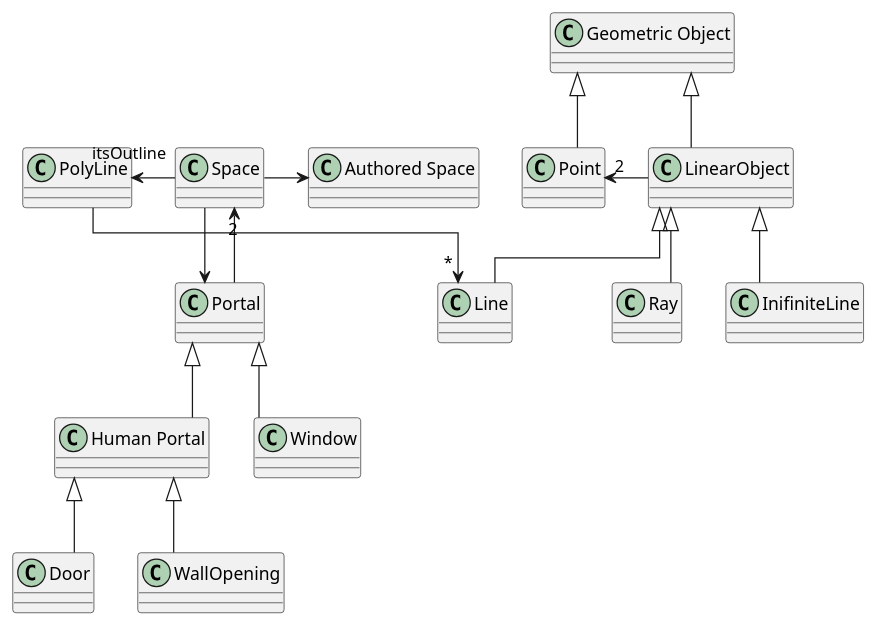
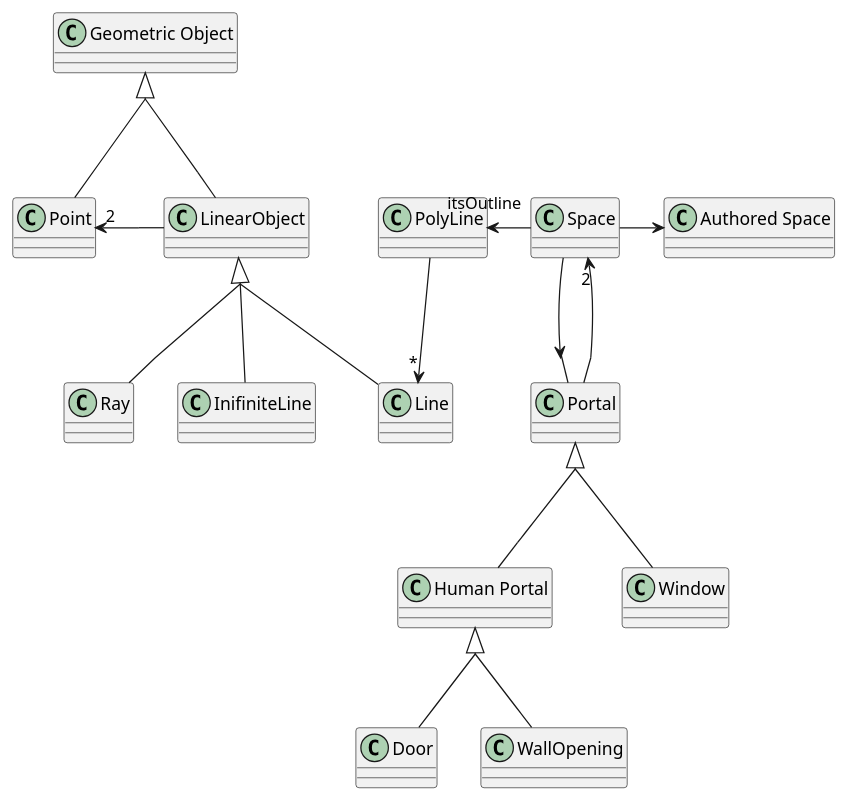
One commit to JongSeob/Draw-UML-in-UML-for-JAVA changed the diagram in Chater 2/Figure_2.4.puml. Above: the diagram before and after it, drawn with PlantUML. The commit also changed 9 other files, not shown here.

Commit message:
add Chapter 8 and update pumls for pretty diagram

```diff
--- a/Chater 2/Figure_2.4.puml
+++ b/Chater 2/Figure_2.4.puml
@@ -1,39 +1,42 @@
 @startuml Figure_2.4
 
 ' Line을 모두 직각으로 그린다.
-skinparam linetype ortho
+'skinparam linetype ortho
+skinparam linetype PolyLine
+skinparam groupinheritance 2
+
 
 class "Geometric Object"
 class "Point"
 class "LinearObject"
 class "Ray"
 class "InifiniteLine"
 class "Line"
 class "PolyLine"
 
-"Geometric Object" <|-down- "LinearObject"
-"Geometric Object" <|-down- "Point"
-"Point" "2" <-right- "LinearObject"
-"LinearObject" <|-down- "Ray"
-"LinearObject" <|-down- "InifiniteLine"
-"LinearObject" <|-down- "Line"
-"PolyLine" -down-> "*" "Line"
+"Geometric Object" <|-- "LinearObject"
+"Geometric Object" <|-- "Point"
+"Point" "2" <- "LinearObject"
+"LinearObject" <|-- "Ray"
+"LinearObject" <|-- "InifiniteLine"
+"LinearObject" <|-- "Line"
+"PolyLine" --> "*" "Line"
 
 class "Space"
 class "Portal"
 class "Authored Space"
 class "Human Portal"
 class "Window"
 class "Door"
 class "WallOpening"
 
-"PolyLine" "itsOutline" <-right- "Space"
-"Space" -right-> "Authored Space"
-"Space" -down-> "Portal"
-"Portal" -up-> "2" "Space"
-"Portal" <|-down- "Human Portal"
-"Portal" <|-down- "Window"
-"Human Portal" <|-down- "Door"
-"Human Portal" <|-down- "WallOpening"
+"PolyLine" "itsOutline" <- "Space"
+"Space" -> "Authored Space"
+"Space" --> "Portal"
+"Space" "2" <-- "Portal"
+"Portal" <|-- "Human Portal"
+"Portal" <|-- "Window"
+"Human Portal" <|-- "Door"
+"Human Portal" <|-- "WallOpening"
 
 @enduml
```
